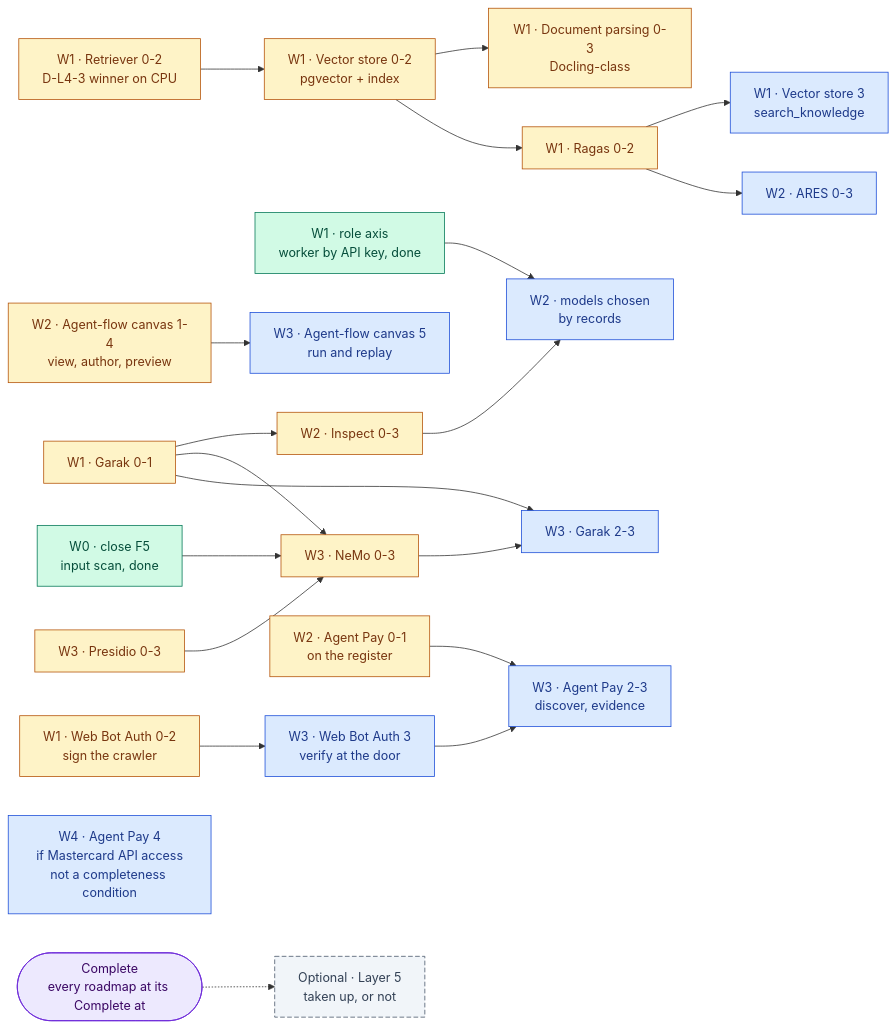
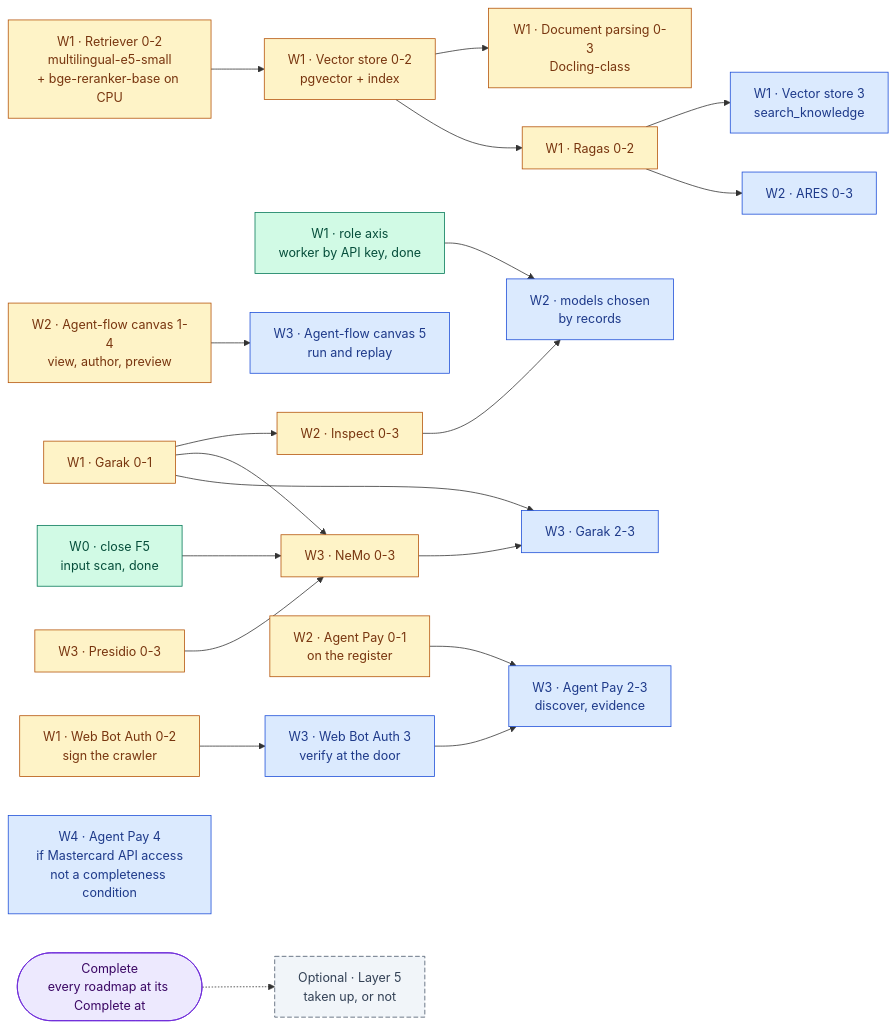
Before and after one commit to RodnaPamet/inflect-compliance: the fourth of 5 diagrams in docs/ai-architecture-roadmap.md, drawn with Mermaid. The commit also changed other lines of this file and 3 other files, not shown here.

````diff
--- a/docs/ai-architecture-roadmap.md
+++ b/docs/ai-architecture-roadmap.md
@@ -939,51 +969,51 @@
 ```mermaid
 flowchart LR
   F5["W0 · close F5<br/>input scan, done"]:::done
-  RT1["W1 · Retriever 0-2<br/>D-L4-3 winner on CPU"]:::partial
+  RT1["W1 · Retriever 0-2<br/>multilingual-e5-small<br/>+ bge-reranker-base on CPU"]:::partial
   WV2["W1 · Vector store 0-2<br/>pgvector + index"]:::partial
   RF2["W1 · Document parsing 0-3<br/>Docling-class"]:::partial
   RA2["W1 · Ragas 0-2"]:::partial
   WV3["W1 · Vector store 3<br/>search_knowledge"]:::todo
   AR2["W2 · ARES 0-3"]:::todo
   GA1["W1 · Garak 0-1"]:::partial
   RX1["W1 · role axis<br/>worker by API key, done"]:::done
   IS2["W2 · Inspect 0-3"]:::partial
   NR3["W2 · models chosen<br/>by records"]:::todo
   AF1["W2 · Agent-flow canvas 1-4<br/>view, author, preview"]:::partial
   AF4["W3 · Agent-flow canvas 5<br/>run and replay"]:::todo
   PR2["W3 · Presidio 0-3"]:::partial
   NG2["W3 · NeMo 0-3"]:::partial
   GA2["W3 · Garak 2-3"]:::todo
   WB2["W1 · Web Bot Auth 0-2<br/>sign the crawler"]:::partial
   WB3["W3 · Web Bot Auth 3<br/>verify at the door"]:::todo
   AP1["W2 · Agent Pay 0-1<br/>on the register"]:::partial
   AP3["W3 · Agent Pay 2-3<br/>discover, evidence"]:::todo
   AP4["W4 · Agent Pay 4<br/>if Mastercard API access<br/>not a completeness condition"]:::todo
   DONE(["Complete<br/>every roadmap at its Complete at"]):::gate
   L5["Optional · Layer 5<br/>taken up, or not"]:::optional
 
   RT1 --> WV2
   WV2 --> RF2
   WV2 --> RA2
   RA2 --> WV3
   RA2 --> AR2
   RX1 --> NR3
   IS2 --> NR3
   GA1 --> IS2
   AF1 --> AF4
   F5 --> NG2
   GA1 --> NG2
   PR2 --> NG2
   GA1 --> GA2
   NG2 --> GA2
   WB2 --> WB3
   WB3 --> AP3
   AP1 --> AP3
   DONE -.-> L5
 
   classDef done fill:#d1fae5,stroke:#047857,color:#064e3b
   classDef partial fill:#fef3c7,stroke:#b45309,color:#78350f
   classDef todo fill:#dbeafe,stroke:#1d4ed8,color:#1e3a8a
   classDef gate fill:#ede9fe,stroke:#6d28d9,color:#3b0764
   classDef optional fill:#f1f5f9,stroke:#475569,color:#334155,stroke-dasharray:6 3
 ```
````
